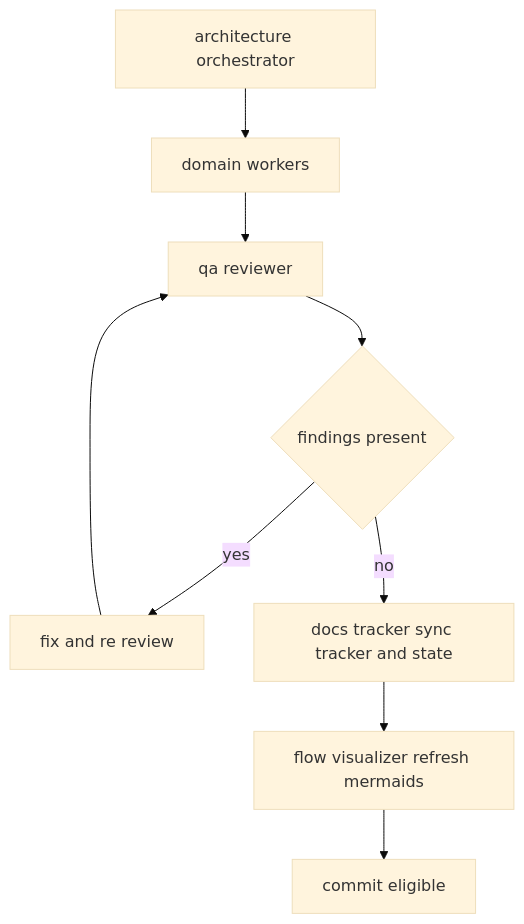
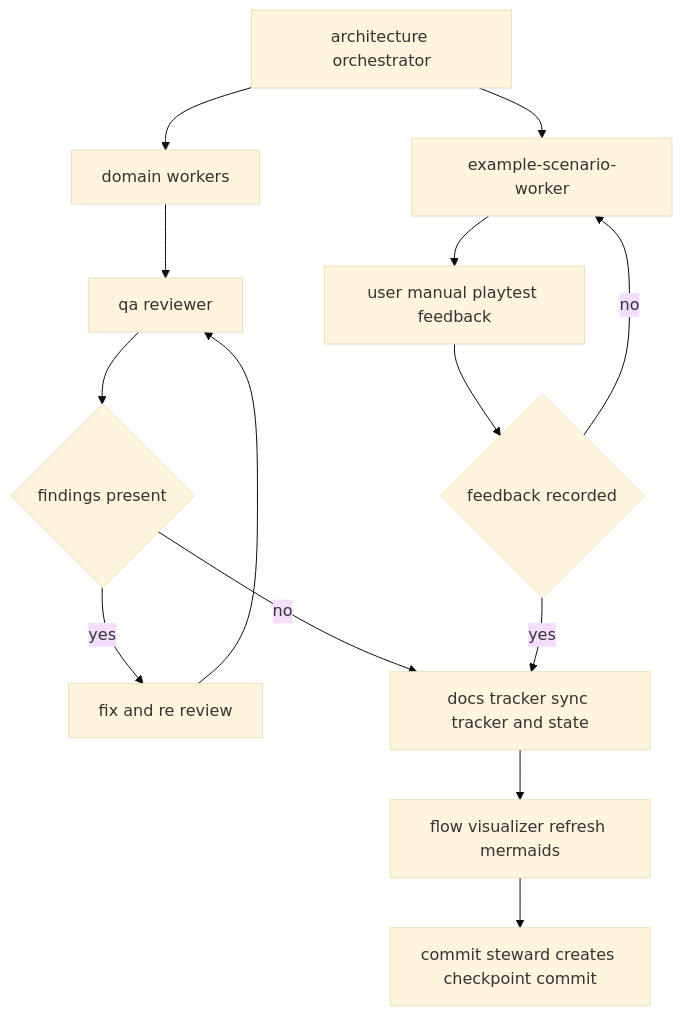
Before and after one commit to linkfy/pycro: the fourth of 4 diagrams in docs/flow-mermaids.md, drawn with Mermaid (base theme). The commit also changed other lines of this file, not shown here.

Commit message:
docs: update delivery flow mermaid for manual playtest and commit steward gates

````diff
--- a/docs/flow-mermaids.md
+++ b/docs/flow-mermaids.md
@@ -57,11 +57,16 @@
 ```mermaid
 flowchart TD
     A[architecture orchestrator] --> B[domain workers]
-    B --> C[qa reviewer]
-    C --> D{findings present}
-    D -- yes --> E[fix and re review]
-    E --> C
-    D -- no --> F[docs tracker sync tracker and state]
-    F --> G[flow visualizer refresh mermaids]
-    G --> H[commit eligible]
+    A --> C[example-scenario-worker]
+    B --> D[qa reviewer]
+    C --> E[user manual playtest feedback]
+    D --> F{findings present}
+    F -- yes --> G[fix and re review]
+    G --> D
+    F -- no --> H[docs tracker sync tracker and state]
+    E --> I{feedback recorded}
+    I -- no --> C
+    I -- yes --> H
+    H --> J[flow visualizer refresh mermaids]
+    J --> K[commit steward creates checkpoint commit]
 ```
````
